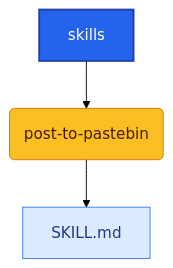
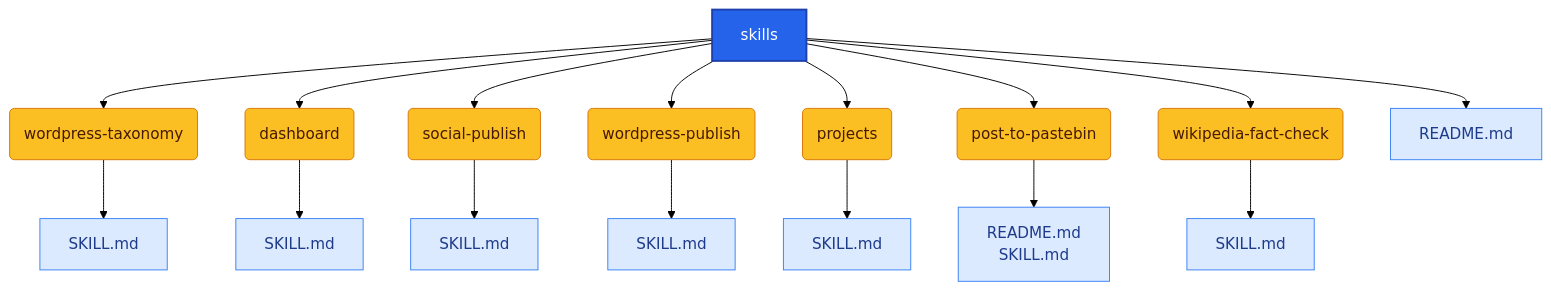
Before and after one commit to Richie086/scripts-public: the diagram in .agents/skills/README.md, drawn with Mermaid (forest theme). The commit also changed 53 other files, not shown here.

````diff
--- a/.agents/skills/README.md
+++ b/.agents/skills/README.md
@@ -11,8 +11,21 @@
 ```mermaid
 graph TD
-	root["skills"]:::root --> n1("post-to-pastebin"):::folder
+	root["skills"]:::root --> n1("wordpress-taxonomy"):::folder
+	root["skills"]:::root --> n2("dashboard"):::folder
+	root["skills"]:::root --> n3("social-publish"):::folder
+	root["skills"]:::root --> n4("wordpress-publish"):::folder
+	root["skills"]:::root --> n5("projects"):::folder
+	root["skills"]:::root --> n6("post-to-pastebin"):::folder
+	root["skills"]:::root --> n7("wikipedia-fact-check"):::folder
+	root["skills"]:::root --> n8["README.md"]:::file-md
 	n1 --> n1_1["SKILL.md"]:::file-md
+	n2 --> n2_1["SKILL.md"]:::file-md
+	n3 --> n3_1["SKILL.md"]:::file-md
+	n4 --> n4_1["SKILL.md"]:::file-md
+	n5 --> n5_1["SKILL.md"]:::file-md
+	n6 --> n6_2["README.md<br>SKILL.md"]:::file-md
+	n7 --> n7_1["SKILL.md"]:::file-md
 classDef root fill:#2563eb,stroke:#1e40af,stroke-width:2px,color:#ffffff;
 classDef folder fill:#fbbf24,stroke:#d97706,stroke-width:1px,color:#451a03;
 classDef file-md fill:#dbeafe,stroke:#3b82f6,stroke-width:1px,color:#1e3a8a;
 ```
````
